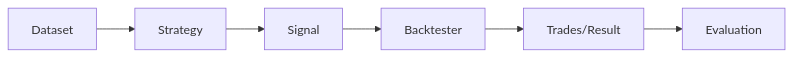
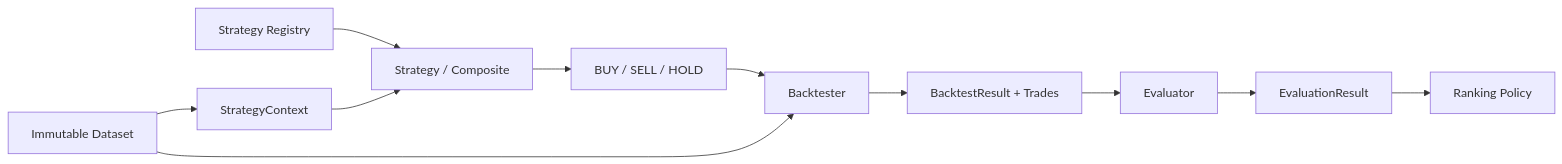
One commit to PhamVanMinhBinhThuan/crypto-strategy-platform changed the third of 5 diagrams in docs/architecture/data-flows.md. Above: the diagram before and after it, drawn with Mermaid. The commit also changed other lines of this file and 31 other files, not shown here.

Commit message:
docs: complete architecture decisions and verification plan

````diff
--- a/docs/architecture/data-flows.md
+++ b/docs/architecture/data-flows.md
@@ -50,8 +62,13 @@
 ```mermaid
 flowchart LR
-    DATA[Dataset] --> STRATEGY[Strategy]
-    STRATEGY --> SIGNAL[Signal]
-    SIGNAL --> BACKTEST[Backtester]
-    BACKTEST --> RESULT[Trades/Result]
-    RESULT --> EVALUATION[Evaluation]
+    DATA[Immutable Dataset] --> CONTEXT[StrategyContext]
+    REGISTRY[Strategy Registry] --> STRATEGY[Strategy / Composite]
+    CONTEXT --> STRATEGY
+    STRATEGY --> SIGNALS[BUY / SELL / HOLD]
+    SIGNALS --> BACKTEST[Backtester]
+    DATA --> BACKTEST
+    BACKTEST --> RESULT[BacktestResult + Trades]
+    RESULT --> EVALUATOR[Evaluator]
+    EVALUATOR --> METRICS[EvaluationResult]
+    METRICS --> RANK[Ranking Policy]
 ```
````
